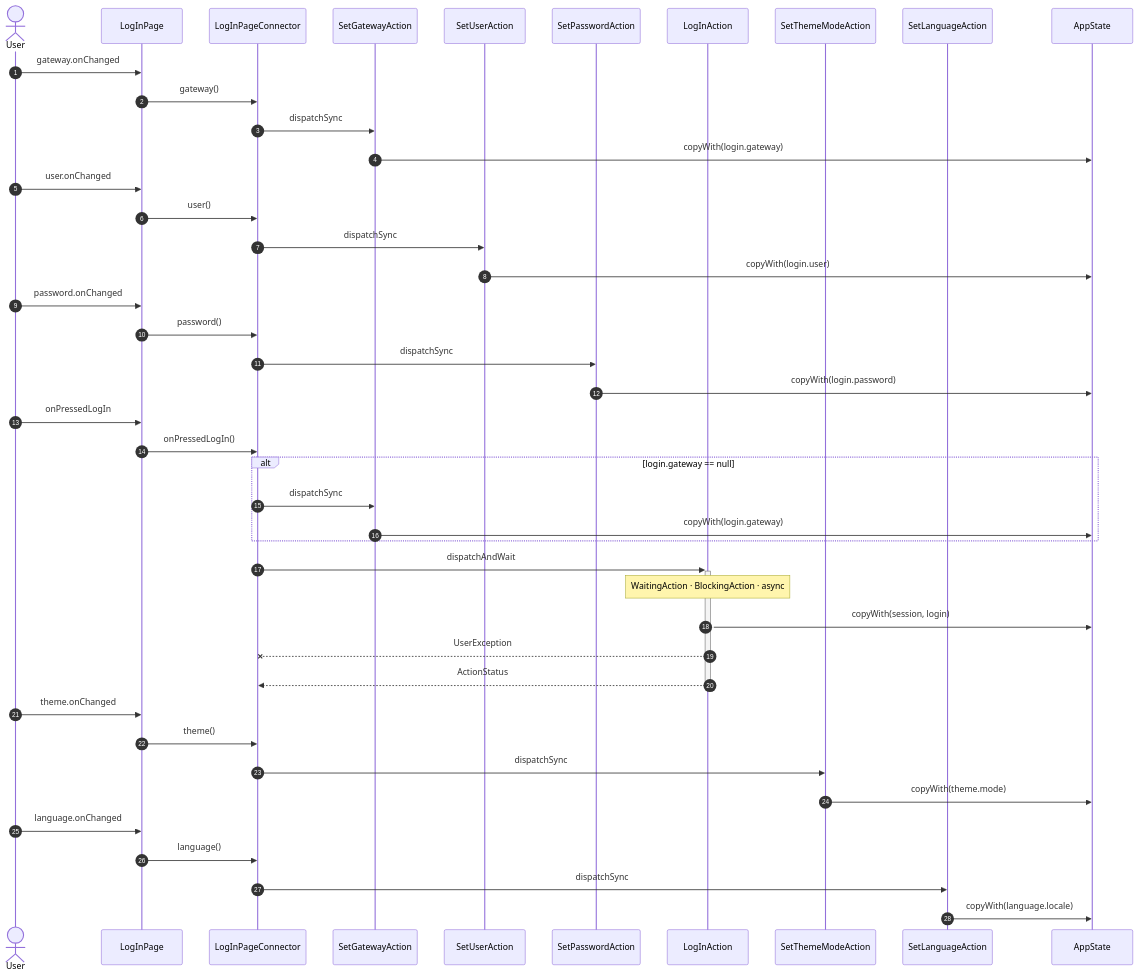
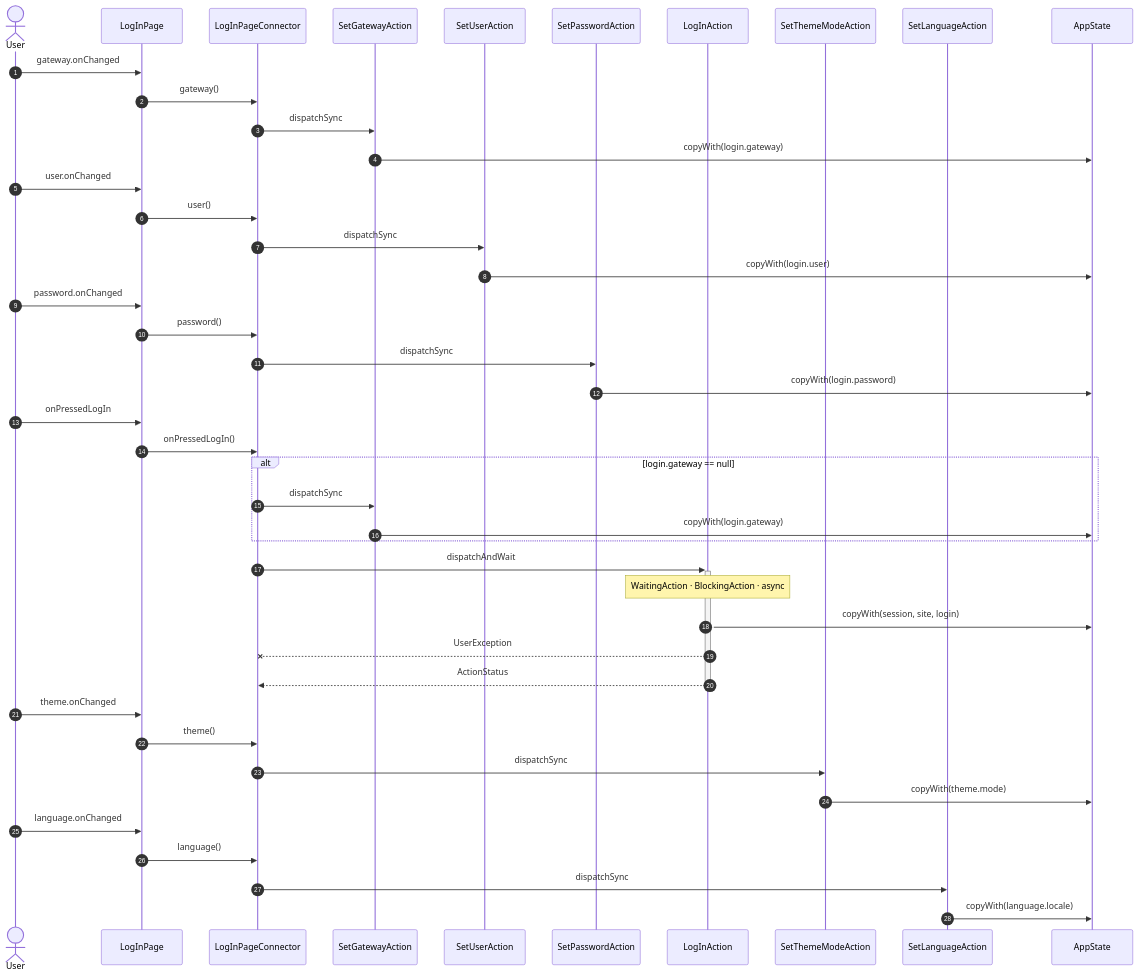
Before and after one commit to gencto/wyrm: the diagram in studio/docs/flows/logIn.md, drawn with Mermaid. The commit also changed other lines of this file and 102 other files, not shown here.

````diff
--- a/studio/docs/flows/logIn.md
+++ b/studio/docs/flows/logIn.md
@@ -7,51 +7,51 @@
 ```mermaid
 sequenceDiagram
     autonumber
     actor User
     participant UI as LogInPage
     participant VM as LogInPageConnector
     participant A1 as SetGatewayAction
     participant A2 as SetUserAction
     participant A3 as SetPasswordAction
     participant A4 as LogInAction
     participant A5 as SetThemeModeAction
     participant A6 as SetLanguageAction
     participant ST as AppState
 
     User->>UI: gateway.onChanged
     UI->>VM: gateway()
     VM->>A1: dispatchSync
     A1->>ST: copyWith(login.gateway)
 
     User->>UI: user.onChanged
     UI->>VM: user()
     VM->>A2: dispatchSync
     A2->>ST: copyWith(login.user)
 
     User->>UI: password.onChanged
     UI->>VM: password()
     VM->>A3: dispatchSync
     A3->>ST: copyWith(login.password)
 
     User->>UI: onPressedLogIn
     UI->>VM: onPressedLogIn()
     alt login.gateway == null
         VM->>A1: dispatchSync
         A1->>ST: copyWith(login.gateway)
     end
     VM->>+A4: dispatchAndWait
     Note over A4: WaitingAction · BlockingAction · async
-    A4->>ST: copyWith(session, login)
+    A4->>ST: copyWith(session, site, login)
     A4--xVM: UserException
     A4-->>-VM: ActionStatus
 
     User->>UI: theme.onChanged
     UI->>VM: theme()
     VM->>A5: dispatchSync
     A5->>ST: copyWith(theme.mode)
 
     User->>UI: language.onChanged
     UI->>VM: language()
     VM->>A6: dispatchSync
     A6->>ST: copyWith(language.locale)
 ```
````
